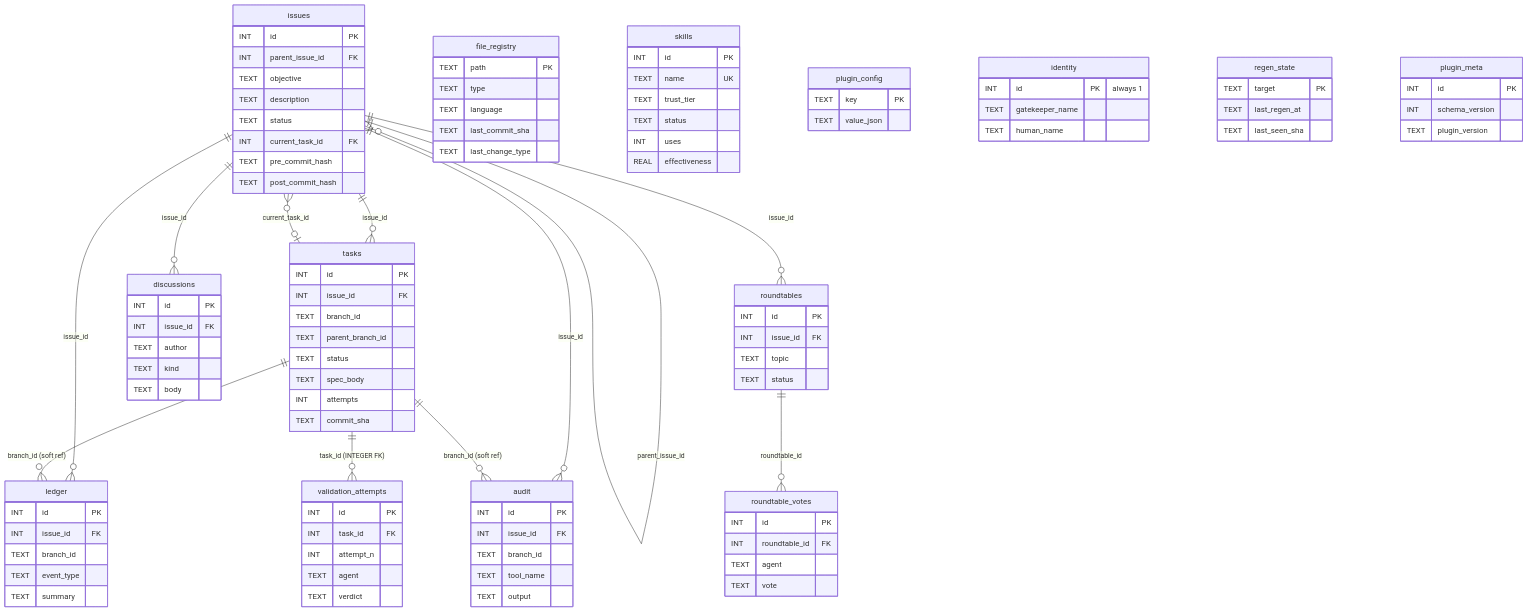
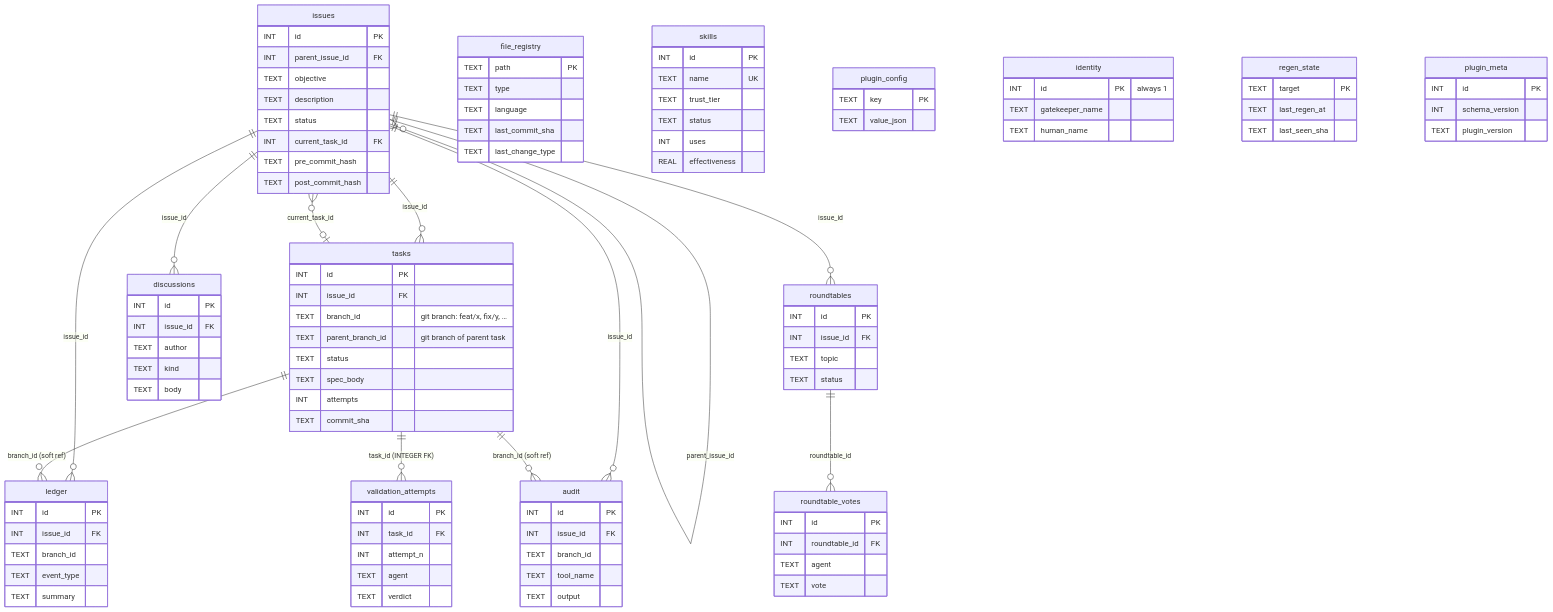
One commit to trustmybot/plugin changed the diagram in docs/architecture/ERD.md. Above: the diagram before and after it, drawn with Mermaid. The commit also changed other lines of this file, not shown here.

First line of the commit message:
🐛 fix(ERD): correct stale 'branch_id is hierarchy code 1.2.3' explanation

```diff
--- a/docs/architecture/ERD.md
+++ b/docs/architecture/ERD.md
@@ -83,8 +83,8 @@
     tasks {
         INT  id PK
         INT  issue_id FK
-        TEXT branch_id
-        TEXT parent_branch_id
+        TEXT branch_id "git branch: feat/x, fix/y, …"
+        TEXT parent_branch_id "git branch of parent task"
         TEXT status
         TEXT spec_body
         INT  attempts
```
